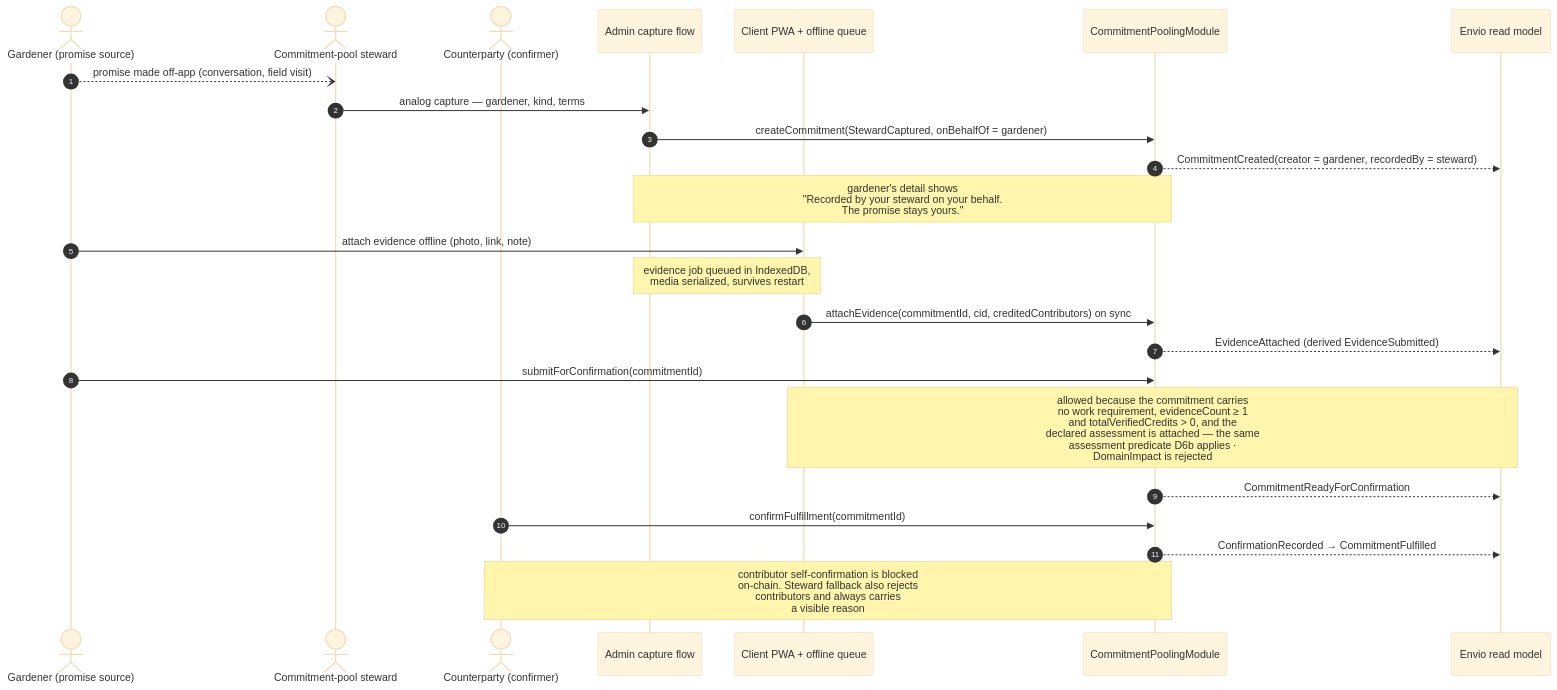
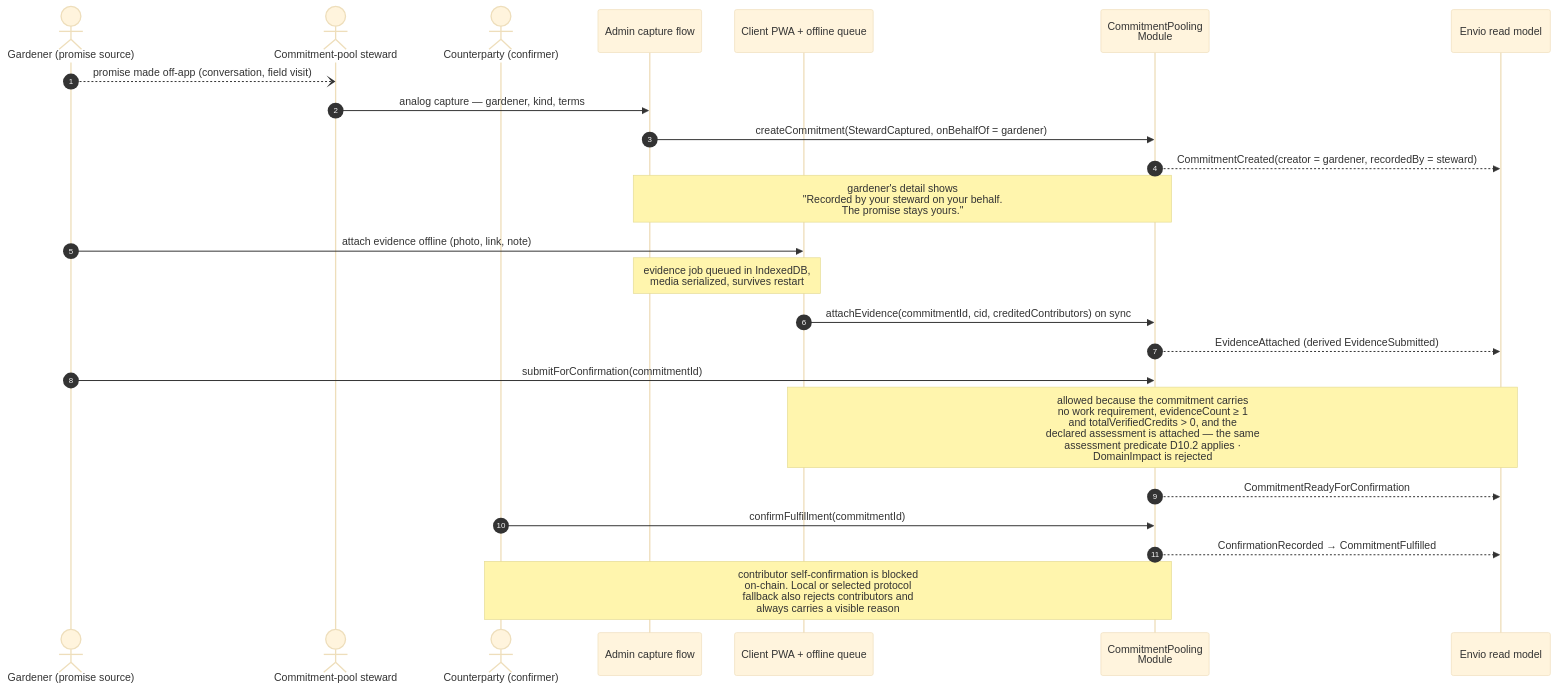
The ninth of 38 diagrams in .plans/active/commitment-pooling/diagrams.md (greenpill-dev-guild/green-goods), drawn with Mermaid (base theme) before and after one commit. The commit also changed other lines of this file and 8 other files, not shown here.

Commit message:
docs(contracts): lock commitment confirmation fallback

````diff
--- a/.plans/active/commitment-pooling/diagrams.md
+++ b/.plans/active/commitment-pooling/diagrams.md
@@ -425,27 +581,27 @@
 ```mermaid
 sequenceDiagram
   autonumber
   actor GRD as Gardener (promise source)
   actor OP as Commitment-pool steward
   actor CP as Counterparty (confirmer)
   participant ADM as Admin capture flow
   participant PWA as Client PWA + offline queue
-  participant M as CommitmentPoolingModule
+  participant M as CommitmentPooling<br/>Module
   participant IDX as Envio read model
 
   GRD--)OP: promise made off-app (conversation, field visit)
   OP->>ADM: analog capture — gardener, kind, terms
   ADM->>M: createCommitment(StewardCaptured, onBehalfOf = gardener)
   M-->>IDX: CommitmentCreated(creator = gardener, recordedBy = steward)
   Note over ADM,M: gardener's detail shows<br/>"Recorded by your steward on your behalf.<br/>The promise stays yours."
   GRD->>PWA: attach evidence offline (photo, link, note)
   Note over ADM,PWA: evidence job queued in IndexedDB,<br/>media serialized, survives restart
   PWA->>M: attachEvidence(commitmentId, cid, creditedContributors) on sync
   M-->>IDX: EvidenceAttached (derived EvidenceSubmitted)
   GRD->>M: submitForConfirmation(commitmentId)
-  Note over PWA,IDX: allowed because the commitment carries<br/>no work requirement, evidenceCount ≥ 1<br/>and totalVerifiedCredits > 0, and the<br/>declared assessment is attached — the same<br/>assessment predicate D6b applies ·<br/>DomainImpact is rejected
+  Note over PWA,IDX: allowed because the commitment carries<br/>no work requirement, evidenceCount ≥ 1<br/>and totalVerifiedCredits > 0, and the<br/>declared assessment is attached — the same<br/>assessment predicate D10.2 applies ·<br/>DomainImpact is rejected
   M-->>IDX: CommitmentReadyForConfirmation
   CP->>M: confirmFulfillment(commitmentId)
   M-->>IDX: ConfirmationRecorded → CommitmentFulfilled
-  Note over CP,M: contributor self-confirmation is blocked<br/>on-chain. Steward fallback also rejects<br/>contributors and always carries<br/>a visible reason
+  Note over CP,M: contributor self-confirmation is blocked<br/>on-chain. Local or selected protocol<br/>fallback also rejects contributors and<br/>always carries a visible reason
 ```
````
